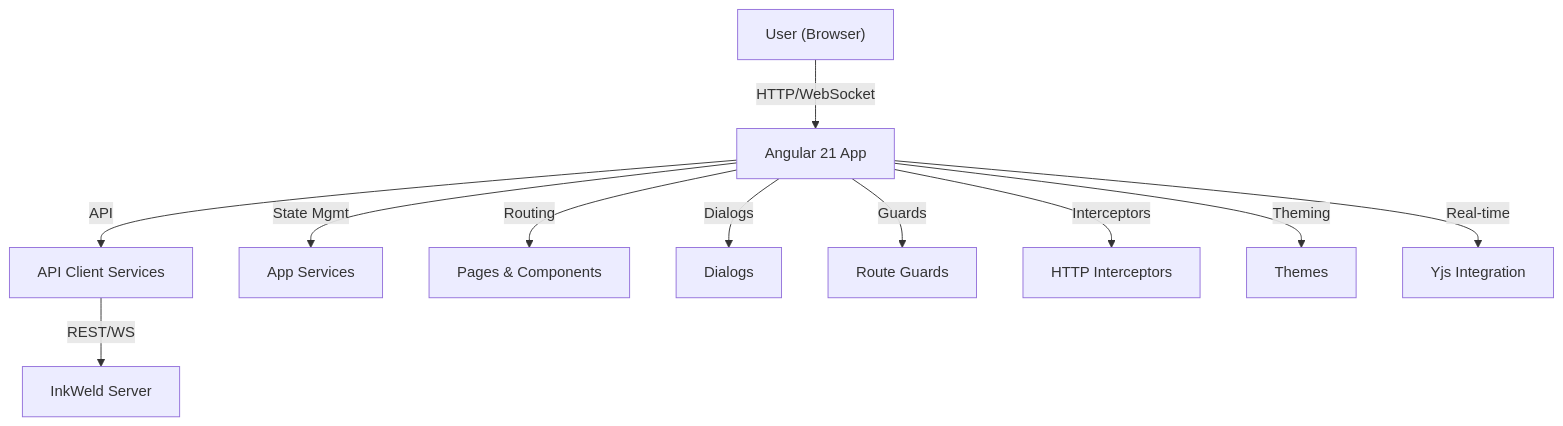
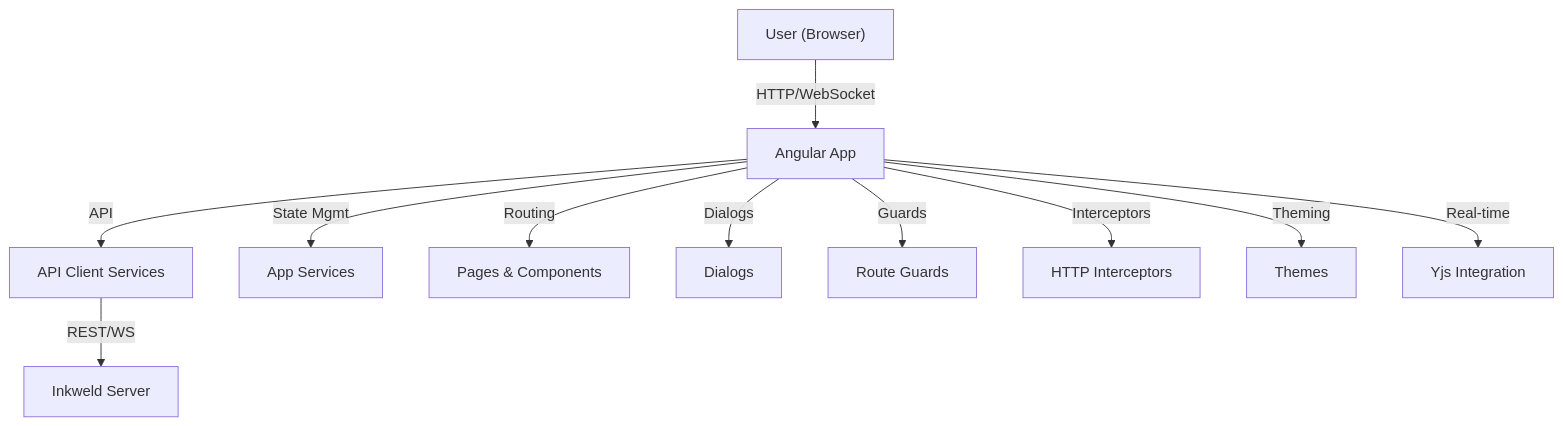
One commit to bobbyquantum/inkweld changed the diagram in frontend/README.md. Above: the diagram before and after it, drawn with Mermaid. The commit also changed other lines of this file and 8 other files, not shown here.

````diff
--- a/frontend/README.md
+++ b/frontend/README.md
@@ -21,13 +21,13 @@
 ```mermaid
 graph TD
-    User["User (Browser)"] -->|HTTP/WebSocket| App["Angular 21 App"]
+    User["User (Browser)"] -->|HTTP/WebSocket| App["Angular App"]
     App -->|API| ApiClient["API Client Services"]
     App -->|State Mgmt| Services["App Services"]
     App -->|Routing| Pages["Pages & Components"]
     App -->|Dialogs| Dialogs["Dialogs"]
     App -->|Guards| Guards["Route Guards"]
     App -->|Interceptors| Interceptors["HTTP Interceptors"]
     App -->|Theming| Themes["Themes"]
     App -->|Real-time| Yjs["Yjs Integration"]
-    ApiClient -->|REST/WS| Backend["InkWeld Server"]
+    ApiClient -->|REST/WS| Backend["Inkweld Server"]
 ```
````
